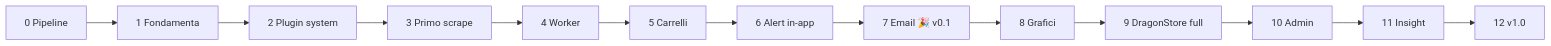
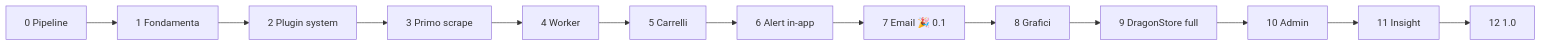
Before and after one commit to caporalesimone/watch-em-all: the diagram in docs/development-flow/README.md, drawn with Mermaid. The commit also changed other lines of this file and 2 other files, not shown here.

````diff
--- a/docs/development-flow/README.md
+++ b/docs/development-flow/README.md
@@ -48,6 +48,6 @@
 ```mermaid
 flowchart LR
     F0[0 Pipeline] --> F1[1 Fondamenta] --> F2[2 Plugin system] --> F3[3 Primo scrape] --> F4[4 Worker]
-    F4 --> F5[5 Carrelli] --> F6[6 Alert in-app] --> F7[7 Email 🎉 v0.1]
-    F7 --> F8[8 Grafici] --> F9[9 DragonStore full] --> F10[10 Admin] --> F11[11 Insight] --> F12[12 v1.0]
+    F4 --> F5[5 Carrelli] --> F6[6 Alert in-app] --> F7[7 Email 🎉 0.1]
+    F7 --> F8[8 Grafici] --> F9[9 DragonStore full] --> F10[10 Admin] --> F11[11 Insight] --> F12[12 1.0]
 ```
````
